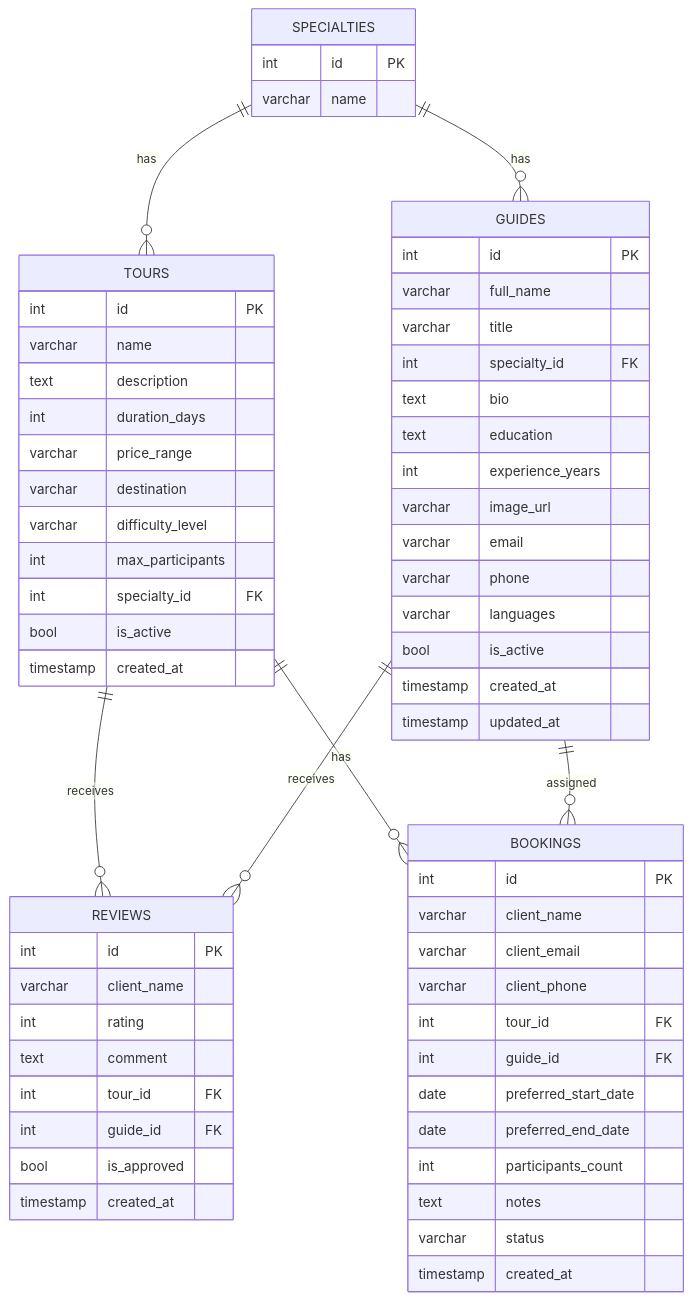
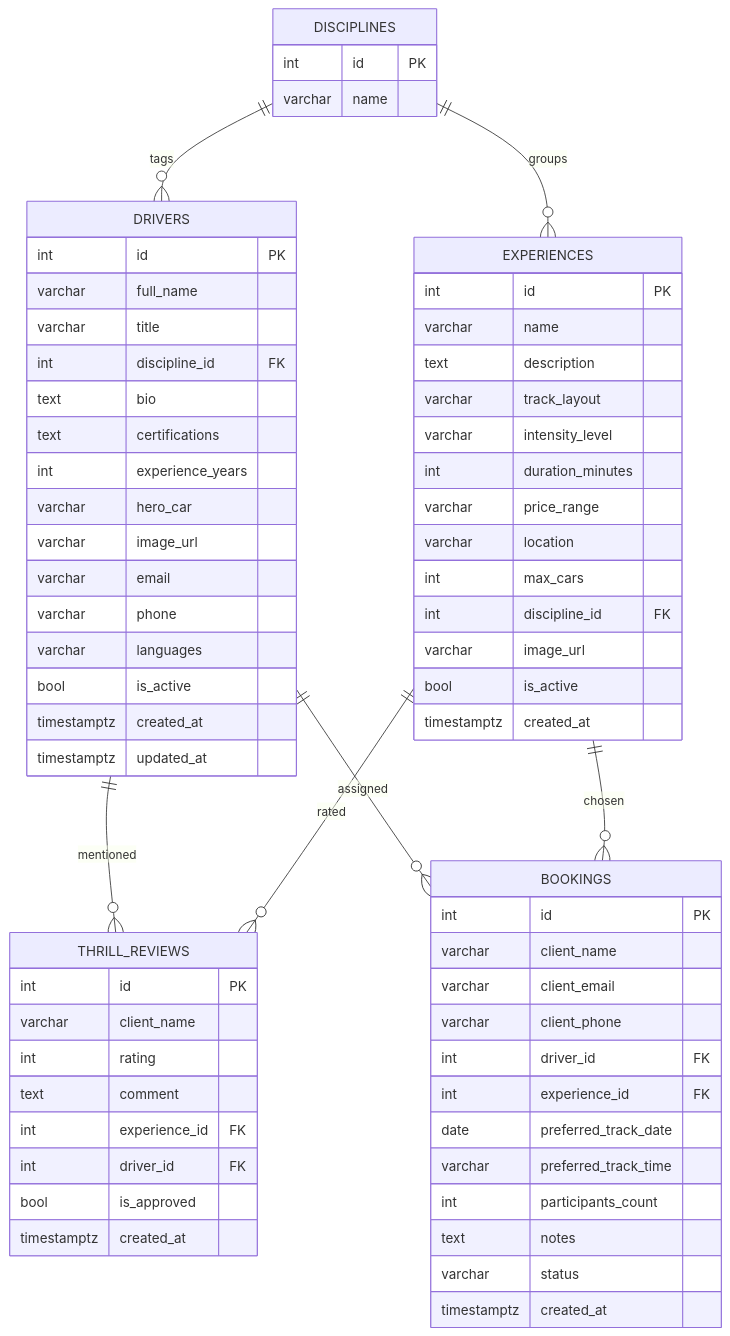
Before and after one commit to MustafaProger/tours-agency: the diagram in docs/ER.md, drawn with Mermaid. The commit also changed other lines of this file and 23 other files, not shown here.

````diff
--- a/docs/ER.md
+++ b/docs/ER.md
@@ -3,67 +3,70 @@
 ```mermaid
 erDiagram
-  SPECIALTIES ||--o{ GUIDES : has
-  SPECIALTIES ||--o{ TOURS : has
-  TOURS ||--o{ REVIEWS : receives
-  GUIDES ||--o{ REVIEWS : receives
-  TOURS ||--o{ BOOKINGS : has
-  GUIDES ||--o{ BOOKINGS : assigned
+  DISCIPLINES ||--o{ DRIVERS : tags
+  DISCIPLINES ||--o{ EXPERIENCES : groups
+  DRIVERS ||--o{ THRILL_REVIEWS : mentioned
+  EXPERIENCES ||--o{ THRILL_REVIEWS : rated
+  DRIVERS ||--o{ BOOKINGS : assigned
+  EXPERIENCES ||--o{ BOOKINGS : chosen
 
-  SPECIALTIES {
+  DISCIPLINES {
     int id PK
     varchar name
   }
-  GUIDES {
+  DRIVERS {
     int id PK
     varchar full_name
     varchar title
-    int specialty_id FK
+    int discipline_id FK
     text bio
-    text education
+    text certifications
     int experience_years
+    varchar hero_car
     varchar image_url
     varchar email
     varchar phone
     varchar languages
     bool is_active
-    timestamp created_at
-    timestamp updated_at
+    timestamptz created_at
+    timestamptz updated_at
   }
-  TOURS {
+  EXPERIENCES {
     int id PK
     varchar name
     text description
-    int duration_days
+    varchar track_layout
+    varchar intensity_level
+    int duration_minutes
     varchar price_range
-    varchar destination
-    varchar difficulty_level
-    int max_participants
-    int specialty_id FK
+    varchar location
+    int max_cars
+    int discipline_id FK
+    varchar image_url
     bool is_active
-    timestamp created_at
+    timestamptz created_at
   }
-  REVIEWS {
+  THRILL_REVIEWS {
     int id PK
     varchar client_name
     int rating
     text comment
-    int tour_id FK
-    int guide_id FK
+    int experience_id FK
+    int driver_id FK
     bool is_approved
-    timestamp created_at
+    timestamptz created_at
   }
   BOOKINGS {
     int id PK
     varchar client_name
     varchar client_email
     varchar client_phone
-    int tour_id FK
-    int guide_id FK
-    date preferred_start_date
-    date preferred_end_date
+    int driver_id FK
+    int experience_id FK
+    date preferred_track_date
+    varchar preferred_track_time
     int participants_count
     text notes
     varchar status
-    timestamp created_at
+    timestamptz created_at
   }
 ```
````
